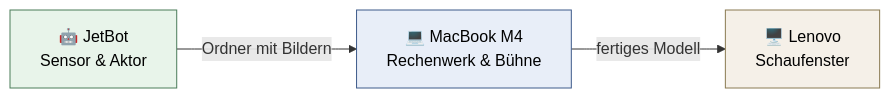
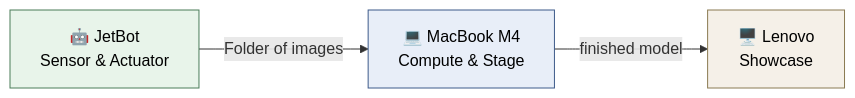
One commit to NiklasWork/jetbot-3d-modeling changed the first of 3 diagrams in ANWENDUNGSVISION.md. Above: the diagram before and after it, drawn with Mermaid. The commit also changed other lines of this file and 24 other files, not shown here.

````diff
--- a/ANWENDUNGSVISION.md
+++ b/ANWENDUNGSVISION.md
@@ -46,8 +46,8 @@
 ```mermaid
 graph LR
-    A["🤖 JetBot<br/>Sensor & Aktor"] -->|Ordner mit Bildern| B["💻 MacBook M4<br/>Rechenwerk & Bühne"]
-    B -->|fertiges Modell| C["🖥️ Lenovo<br/>Schaufenster"]
+    A["🤖 JetBot<br/>Sensor & Actuator"] -->|Folder of images| B["💻 MacBook M4<br/>Compute & Stage"]
+    B -->|finished model| C["🖥️ Lenovo<br/>Showcase"]
     style A fill:#e8f4ea,stroke:#4a7c59,color:#000
     style B fill:#e8eef8,stroke:#3d5a8a,color:#000
     style C fill:#f5f0e8,stroke:#8a7a52,color:#000
 ```
````
